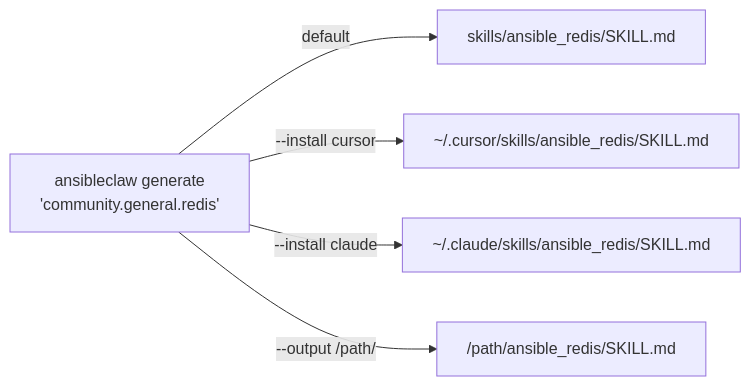
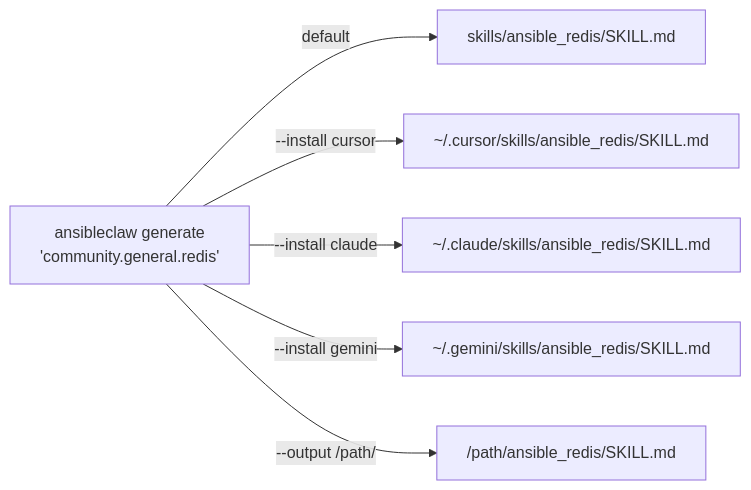
One commit to leogallego/AnsibleClaw changed the second of 4 diagrams in design.md. Above: the diagram before and after it, drawn with Mermaid. The commit also changed other lines of this file and 19 other files, not shown here.

First line of the commit message:
feat: add Gemini install workflow and AAP publish handoff

````diff
--- a/design.md
+++ b/design.md
@@ -111,8 +111,9 @@
 ```mermaid
 flowchart LR
     Gen["ansibleclaw generate\n'community.general.redis'"]
     Gen -->|"default"| SkillsDir["skills/ansible_redis/SKILL.md"]
     Gen -->|"--install cursor"| CursorDir["~/.cursor/skills/ansible_redis/SKILL.md"]
     Gen -->|"--install claude"| ClaudeDir["~/.claude/skills/ansible_redis/SKILL.md"]
+    Gen -->|"--install gemini"| GeminiDir["~/.gemini/skills/ansible_redis/SKILL.md"]
     Gen -->|"--output /path/"| CustomDir["/path/ansible_redis/SKILL.md"]
 ```
````
